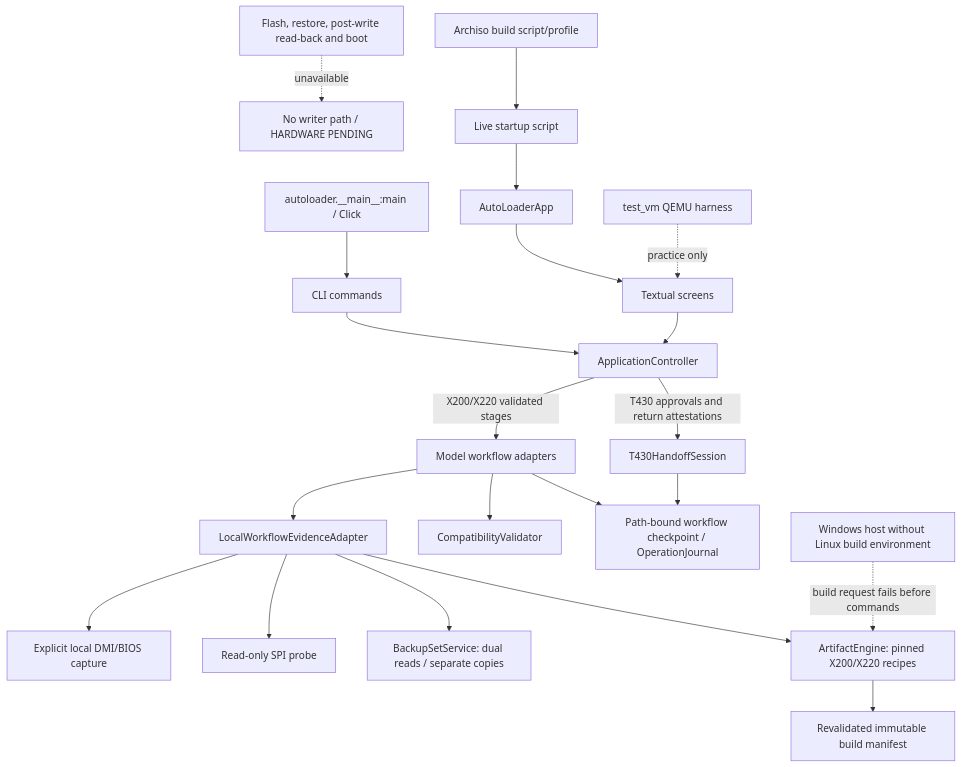
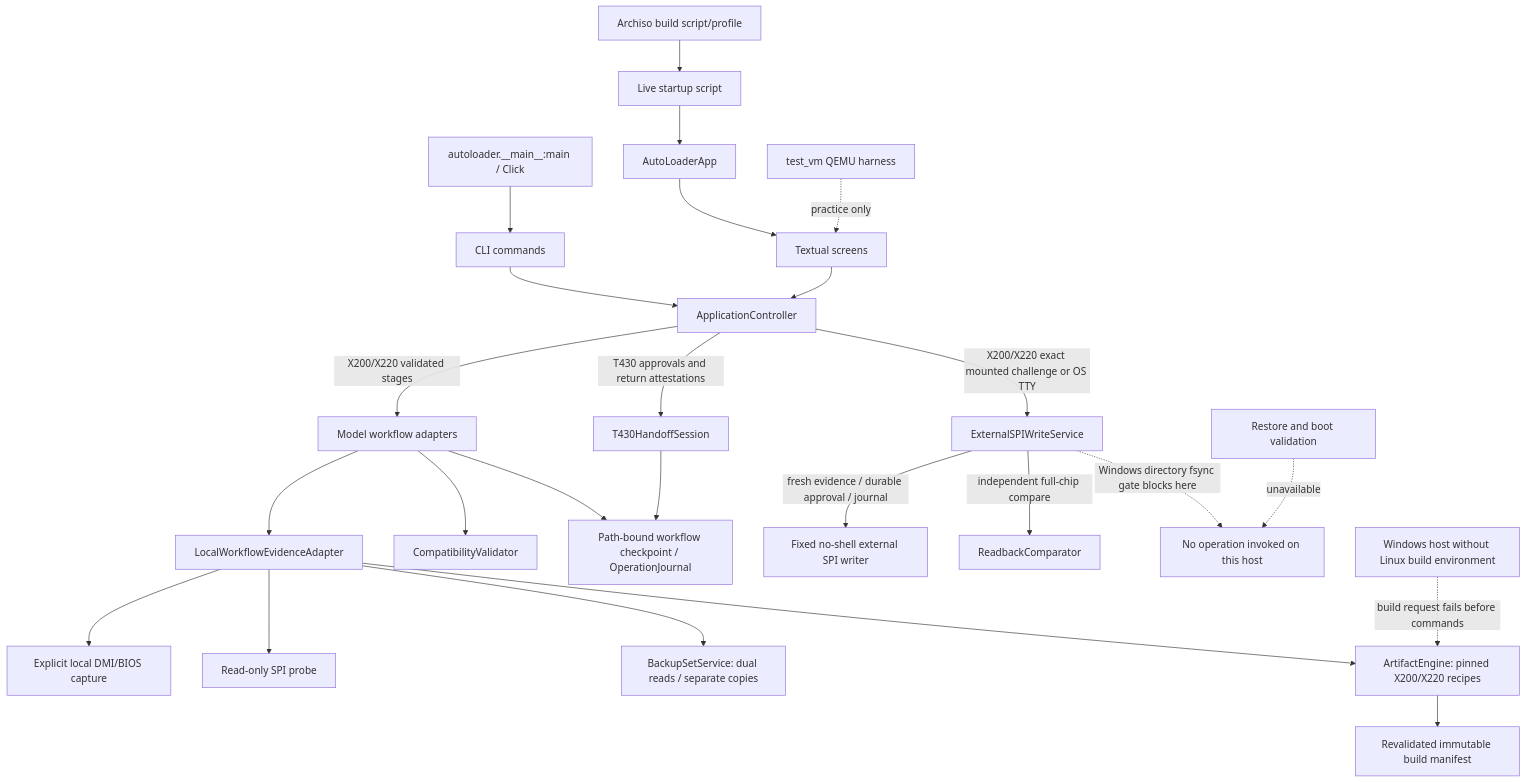
Before and after one commit to abharrison1995-droid/Libre_Core-AutoLoader: the diagram in docs/v1/ARCHITECTURE.md, drawn with Mermaid. The commit also changed other lines of this file and 22 other files, not shown here.

Commit message:
Add guarded X200 and X220 write service

````diff
--- a/docs/v1/ARCHITECTURE.md
+++ b/docs/v1/ARCHITECTURE.md
@@ -5,23 +5,27 @@
 ```mermaid
 flowchart TD
   Entry[autoloader.__main__:main / Click] --> CLI[CLI commands]
   CLI --> Controller[ApplicationController]
   App[AutoLoaderApp] --> Screens[Textual screens]
   Screens --> Controller
   Controller -->|T430 approvals and return attestations| T430[T430HandoffSession]
   Controller -->|X200/X220 validated stages| XWorkflow[Model workflow adapters]
   XWorkflow --> LocalAdapter[LocalWorkflowEvidenceAdapter]
   LocalAdapter --> DMI[Explicit local DMI/BIOS capture]
   LocalAdapter --> Probe[Read-only SPI probe]
   LocalAdapter --> Backup[BackupSetService: dual reads / separate copies]
   LocalAdapter --> Artifact[ArtifactEngine: pinned X200/X220 recipes]
   Artifact --> Manifest[Revalidated immutable build manifest]
   XWorkflow --> Policy[CompatibilityValidator]
   XWorkflow --> Journal[Path-bound workflow checkpoint / OperationJournal]
   T430 --> Journal
-  Writer[Flash, restore, post-write read-back and boot] -. unavailable .-> Result[No writer path / HARDWARE PENDING]
+  Controller -->|X200/X220 exact mounted challenge or OS TTY| WriteService[ExternalSPIWriteService]
+  WriteService -->|fresh evidence / durable approval / journal| Writer[Fixed no-shell external SPI writer]
+  WriteService -->|independent full-chip compare| Readback[ReadbackComparator]
+  WriteService -. Windows directory fsync gate blocks here .-> Result[No operation invoked on this host]
+  Restore[Restore and boot validation] -. unavailable .-> Result
   BuildEnv[Windows host without Linux build environment] -. build request fails before commands .-> Artifact
   USB[Archiso build script/profile] --> Start[Live startup script]
   Start --> App
   VM[test_vm QEMU harness] -. practice only .-> Screens
 ```
````
